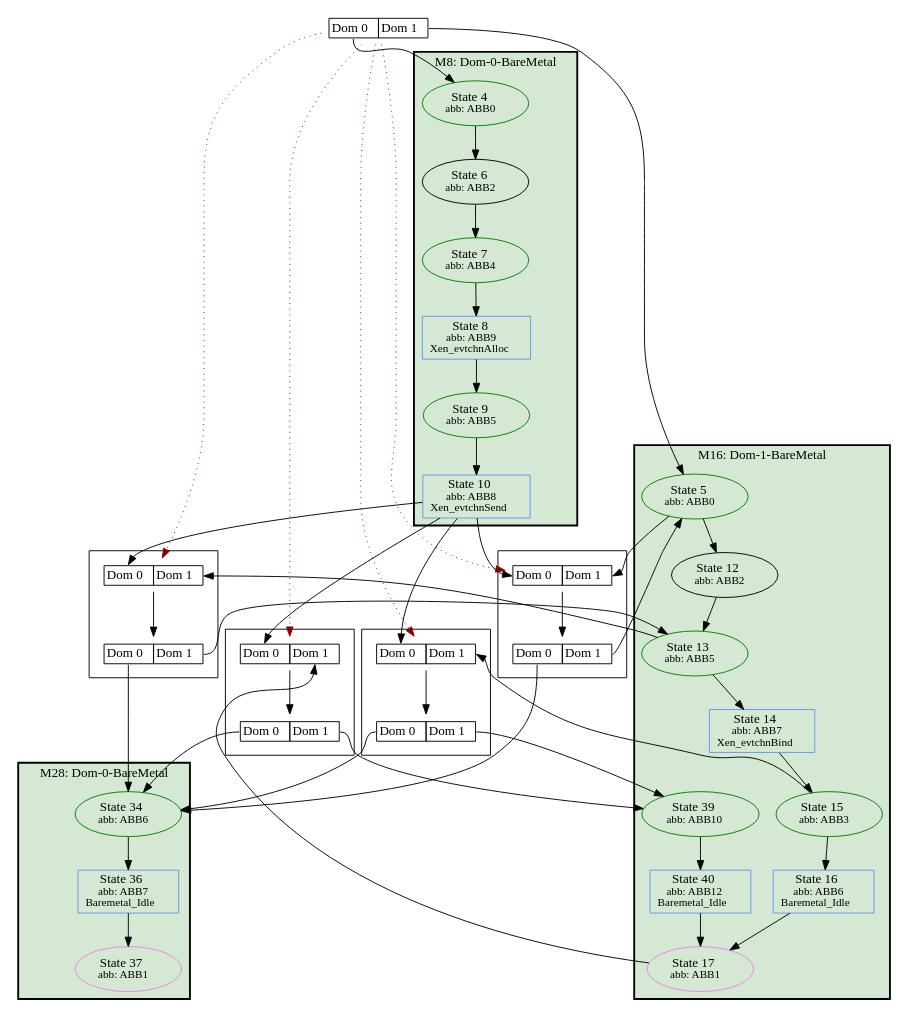
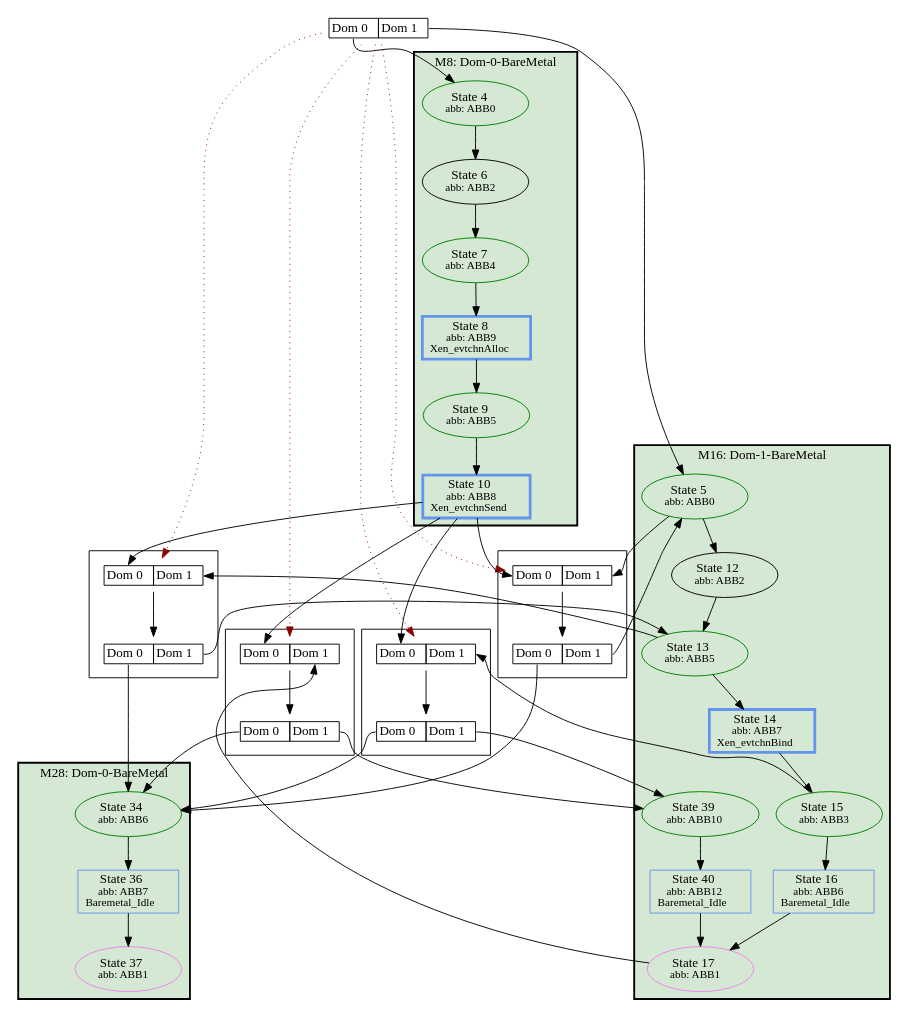
One commit to luhsra/ara changed the diagram in appl/Xen/hc-baremetal-notiming/HyperSSE.hc-baremetal-notiming.hstg.dot. Above: the diagram before and after it, drawn with Graphviz. The commit also changed 69 other files, not shown here.

Commit message:
Testsuite: migrate comparison graphs to new pydot version + different printer syntax (bold rect for hypercalls)

```diff
--- a/appl/Xen/hc-baremetal-notiming/HyperSSE.hc-baremetal-notiming.hstg.dot
+++ b/appl/Xen/hc-baremetal-notiming/HyperSSE.hc-baremetal-notiming.hstg.dot
@@ -1,105 +1,98 @@
 digraph G {
 label="";
 1 [label=<<TABLE BORDER="0" CELLBORDER="1" CELLSPACING="0"><TR><TD PORT="c0">Dom 0</TD><TD PORT="c1">Dom 1</TD></TR></TABLE>>, shape=plaintext, tooltip=1];
 subgraph cluster_8 {
+label="M8: Dom-0-BareMetal";
 bgcolor="#D5E8D4";
-label="M8: Dom-0-BareMetal";
 style=bold;
-2 [color=green, fontsize=14, label=<State 4<br/><font point-size='12'>abb: ABB0</font>>, style=solid, tooltip=2];
+2 [fontsize=14, label=<State 4<br/><font point-size='12'>abb: ABB0</font>>, tooltip=2, style=solid, color=green];
 3 [fontsize=14, label=<State 6<br/><font point-size='12'>abb: ABB2</font>>, tooltip=3];
-4 [color=green, fontsize=14, label=<State 7<br/><font point-size='12'>abb: ABB4</font>>, style=solid, tooltip=4];
-5 [color=cornflowerblue, fontsize=14, label=<State 8<br/><font point-size='12'>abb: ABB9<br/>Xen_evtchnAlloc</font>>, shape=box, tooltip=5];
-6 [color=green, fontsize=14, label=<State 9<br/><font point-size='12'>abb: ABB5</font>>, style=solid, tooltip=6];
-7 [color=cornflowerblue, fontsize=14, label=<State 10<br/><font point-size='12'>abb: ABB8<br/>Xen_evtchnSend</font>>, shape=box, tooltip=7];
+4 [fontsize=14, label=<State 7<br/><font point-size='12'>abb: ABB4</font>>, tooltip=4, style=solid, color=green];
+5 [fontsize=14, label=<State 8<br/><font point-size='12'>abb: ABB9<br/>Xen_evtchnAlloc</font>>, tooltip=5, color=cornflowerblue, shape=box, penwidth=3];
+6 [fontsize=14, label=<State 9<br/><font point-size='12'>abb: ABB5</font>>, tooltip=6, style=solid, color=green];
+7 [fontsize=14, label=<State 10<br/><font point-size='12'>abb: ABB8<br/>Xen_evtchnSend</font>>, tooltip=7, color=cornflowerblue, shape=box, penwidth=3];
 }
-
 subgraph cluster_16 {
+label="M16: Dom-1-BareMetal";
 bgcolor="#D5E8D4";
-label="M16: Dom-1-BareMetal";
 style=bold;
-9 [color=green, fontsize=14, label=<State 5<br/><font point-size='12'>abb: ABB0</font>>, style=solid, tooltip=9];
+9 [fontsize=14, label=<State 5<br/><font point-size='12'>abb: ABB0</font>>, tooltip=9, style=solid, color=green];
 10 [fontsize=14, label=<State 12<br/><font point-size='12'>abb: ABB2</font>>, tooltip=10];
-11 [color=green, fontsize=14, label=<State 13<br/><font point-size='12'>abb: ABB5</font>>, style=solid, tooltip=11];
-12 [color=cornflowerblue, fontsize=14, label=<State 14<br/><font point-size='12'>abb: ABB7<br/>Xen_evtchnBind</font>>, shape=box, tooltip=12];
-13 [color=green, fontsize=14, label=<State 15<br/><font point-size='12'>abb: ABB3</font>>, style=solid, tooltip=13];
-14 [color=cornflowerblue, fontsize=14, label=<State 16<br/><font point-size='12'>abb: ABB6<br/>Baremetal_Idle</font>>, shape=box, tooltip=14];
-15 [color=violet, fontsize=14, label=<State 17<br/><font point-size='12'>abb: ABB1</font>>, style=solid, tooltip=15];
-29 [color=green, fontsize=14, label=<State 39<br/><font point-size='12'>abb: ABB10</font>>, style=solid, tooltip=29];
-30 [color=cornflowerblue, fontsize=14, label=<State 40<br/><font point-size='12'>abb: ABB12<br/>Baremetal_Idle</font>>, shape=box, tooltip=30];
+11 [fontsize=14, label=<State 13<br/><font point-size='12'>abb: ABB5</font>>, tooltip=11, style=solid, color=green];
+12 [fontsize=14, label=<State 14<br/><font point-size='12'>abb: ABB7<br/>Xen_evtchnBind</font>>, tooltip=12, color=cornflowerblue, shape=box, penwidth=3];
+13 [fontsize=14, label=<State 15<br/><font point-size='12'>abb: ABB3</font>>, tooltip=13, style=solid, color=green];
+14 [fontsize=14, label=<State 16<br/><font point-size='12'>abb: ABB6<br/>Baremetal_Idle</font>>, tooltip=14, color=cornflowerblue, shape=box];
+15 [fontsize=14, label=<State 17<br/><font point-size='12'>abb: ABB1</font>>, tooltip=15, style=solid, color=violet];
+29 [fontsize=14, label=<State 39<br/><font point-size='12'>abb: ABB10</font>>, tooltip=29, style=solid, color=green];
+30 [fontsize=14, label=<State 40<br/><font point-size='12'>abb: ABB12<br/>Baremetal_Idle</font>>, tooltip=30, color=cornflowerblue, shape=box];
 }
-
 subgraph cluster_28 {
+label="M28: Dom-0-BareMetal";
 bgcolor="#D5E8D4";
-label="M28: Dom-0-BareMetal";
 style=bold;
-25 [color=green, fontsize=14, label=<State 34<br/><font point-size='12'>abb: ABB6</font>>, style=solid, tooltip=25];
-26 [color=cornflowerblue, fontsize=14, label=<State 36<br/><font point-size='12'>abb: ABB7<br/>Baremetal_Idle</font>>, shape=box, tooltip=26];
-27 [color=violet, fontsize=14, label=<State 37<br/><font point-size='12'>abb: ABB1</font>>, style=solid, tooltip=27];
+25 [fontsize=14, label=<State 34<br/><font point-size='12'>abb: ABB6</font>>, tooltip=25, style=solid, color=green];
+26 [fontsize=14, label=<State 36<br/><font point-size='12'>abb: ABB7<br/>Baremetal_Idle</font>>, tooltip=26, color=cornflowerblue, shape=box];
+27 [fontsize=14, label=<State 37<br/><font point-size='12'>abb: ABB1</font>>, tooltip=27, style=solid, color=violet];
 }
-
 subgraph cluster_Metasync17 {
 label="";
 17 [label=<<TABLE BORDER="0" CELLBORDER="1" CELLSPACING="0"><TR><TD PORT="c0">Dom 0</TD><TD PORT="c1">Dom 1</TD></TR></TABLE>>, shape=plaintext, tooltip=17];
 18 [label=<<TABLE BORDER="0" CELLBORDER="1" CELLSPACING="0"><TR><TD PORT="c0">Dom 0</TD><TD PORT="c1">Dom 1</TD></TR></TABLE>>, shape=plaintext, tooltip=18];
 }
-
 subgraph cluster_Metasync19 {
 label="";
 19 [label=<<TABLE BORDER="0" CELLBORDER="1" CELLSPACING="0"><TR><TD PORT="c0">Dom 0</TD><TD PORT="c1">Dom 1</TD></TR></TABLE>>, shape=plaintext, tooltip=19];
 20 [label=<<TABLE BORDER="0" CELLBORDER="1" CELLSPACING="0"><TR><TD PORT="c0">Dom 0</TD><TD PORT="c1">Dom 1</TD></TR></TABLE>>, shape=plaintext, tooltip=20];
 }
-
 subgraph cluster_Metasync21 {
 label="";
 21 [label=<<TABLE BORDER="0" CELLBORDER="1" CELLSPACING="0"><TR><TD PORT="c0">Dom 0</TD><TD PORT="c1">Dom 1</TD></TR></TABLE>>, shape=plaintext, tooltip=21];
 22 [label=<<TABLE BORDER="0" CELLBORDER="1" CELLSPACING="0"><TR><TD PORT="c0">Dom 0</TD><TD PORT="c1">Dom 1</TD></TR></TABLE>>, shape=plaintext, tooltip=22];
 }
-
 subgraph cluster_Metasync23 {
 label="";
 23 [label=<<TABLE BORDER="0" CELLBORDER="1" CELLSPACING="0"><TR><TD PORT="c0">Dom 0</TD><TD PORT="c1">Dom 1</TD></TR></TABLE>>, shape=plaintext, tooltip=23];
 24 [label=<<TABLE BORDER="0" CELLBORDER="1" CELLSPACING="0"><TR><TD PORT="c0">Dom 0</TD><TD PORT="c1">Dom 1</TD></TR></TABLE>>, shape=plaintext, tooltip=24];
 }
-
-1:c0 -> 2  [color=black];
-1:c1 -> 9  [color=black];
-1 -> 17  [color=darkred, style=dotted];
-1 -> 19  [color=darkred, style=dotted];
-1 -> 21  [color=darkred, style=dotted];
-1 -> 23  [color=darkred, style=dotted];
-2 -> 3  [color=black];
-3 -> 4  [color=black];
-4 -> 5  [color=black];
-5 -> 6  [color=black];
-6 -> 7  [color=black];
-7 -> 17:c0  [color=black];
-7 -> 19:c0  [color=black];
-7 -> 21:c0  [color=black];
-7 -> 23:c0  [color=black];
-9 -> 10  [color=black];
-9 -> 17:c1  [color=black];
-10 -> 11  [color=black];
-11 -> 12  [color=black];
-11 -> 23:c1  [color=black];
-12 -> 13  [color=black];
-13 -> 14  [color=black];
-13 -> 19:c1  [color=black];
-14 -> 15  [color=black];
-15 -> 21:c1  [color=black];
-17 -> 18  [color=black];
-18:c0 -> 25  [color=black];
-18:c1 -> 9  [color=black];
-19 -> 20  [color=black];
-20:c0 -> 25  [color=black];
-20:c1 -> 29  [color=black];
-21 -> 22  [color=black];
-22:c0 -> 25  [color=black];
-22:c1 -> 29  [color=black];
-23 -> 24  [color=black];
-24:c0 -> 25  [color=black];
-24:c1 -> 11  [color=black];
-25 -> 26  [color=black];
-26 -> 27  [color=black];
-29 -> 30  [color=black];
-30 -> 15  [color=black];
+1:c0 -> 2 [color=black];
+1:c1 -> 9 [color=black];
+1 -> 17 [color=darkred, style=dotted];
+1 -> 19 [color=darkred, style=dotted];
+1 -> 21 [color=darkred, style=dotted];
+1 -> 23 [color=darkred, style=dotted];
+2 -> 3 [color=black];
+3 -> 4 [color=black];
+4 -> 5 [color=black];
+5 -> 6 [color=black];
+6 -> 7 [color=black];
+7 -> 17:c0 [color=black];
+7 -> 19:c0 [color=black];
+7 -> 21:c0 [color=black];
+7 -> 23:c0 [color=black];
+9 -> 10 [color=black];
+9 -> 17:c1 [color=black];
+10 -> 11 [color=black];
+11 -> 12 [color=black];
+11 -> 23:c1 [color=black];
+12 -> 13 [color=black];
+13 -> 14 [color=black];
+13 -> 19:c1 [color=black];
+14 -> 15 [color=black];
+15 -> 21:c1 [color=black];
+17 -> 18 [color=black];
+18:c0 -> 25 [color=black];
+18:c1 -> 9 [color=black];
+19 -> 20 [color=black];
+20:c0 -> 25 [color=black];
+20:c1 -> 29 [color=black];
+21 -> 22 [color=black];
+22:c0 -> 25 [color=black];
+22:c1 -> 29 [color=black];
+23 -> 24 [color=black];
+24:c0 -> 25 [color=black];
+24:c1 -> 11 [color=black];
+25 -> 26 [color=black];
+26 -> 27 [color=black];
+29 -> 30 [color=black];
+30 -> 15 [color=black];
 }
```
